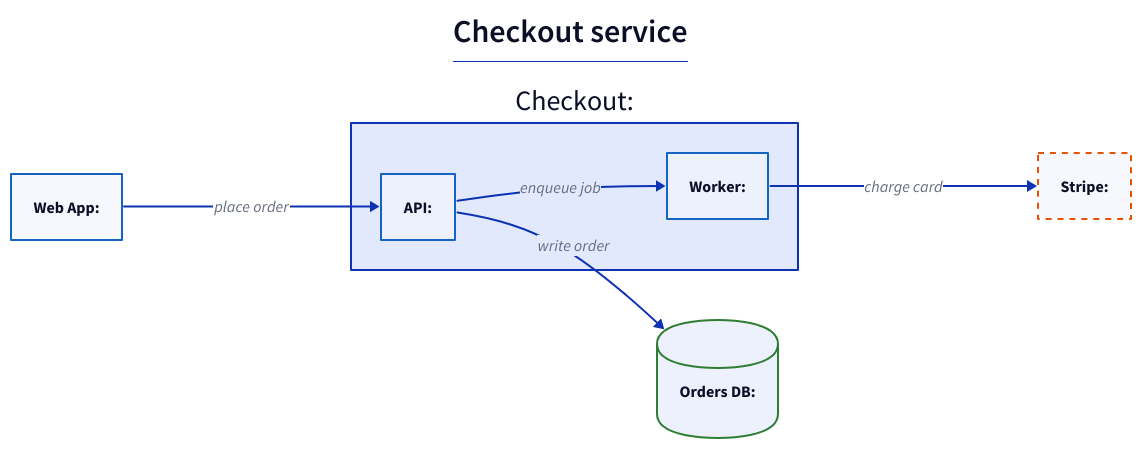
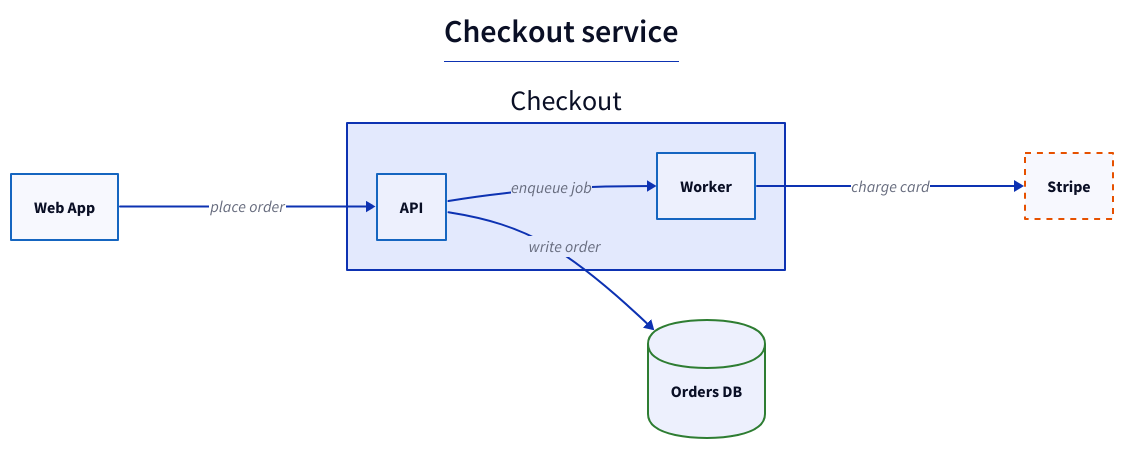
The sixth of 9 diagrams in adapters/claude-code/plugin/skills/diagrams/SKILL.md (noamsto/agent-carousel), drawn with D2 before and after one commit. The commit also changed other lines of this file, not shown here.

Commit message:
fix(diagrams): correct example labels, sketch-via-hook framing, ELK claim

````diff
--- a/adapters/claude-code/plugin/skills/diagrams/SKILL.md
+++ b/adapters/claude-code/plugin/skills/diagrams/SKILL.md
@@ -179,20 +178,20 @@
 ```d2
 direction: right
 title: |md # Checkout service | { near: top-center }
 classes: {
   svc:   { style: { stroke: "#1565C0"; stroke-width: 2 } }
   store: { shape: cylinder; style: { stroke: "#2E7D32"; stroke-width: 2 } }
   ext:   { style: { stroke: "#E65100"; stroke-width: 2; stroke-dash: 3 } }
 }
-web: Web App: { class: svc }
-core: Checkout: {
-  api: API: { class: svc }
-  worker: Worker: { class: svc }
+web: Web App { class: svc }
+core: Checkout {
+  api: API { class: svc }
+  worker: Worker { class: svc }
   api -> worker: enqueue job
 }
-db: Orders DB: { class: store }
-pay: Stripe: { class: ext }
+db: Orders DB { class: store }
+pay: Stripe { class: ext }
 web -> core.api: place order
 core.api -> db: write order
 core.worker -> pay: charge card
 ```
````
